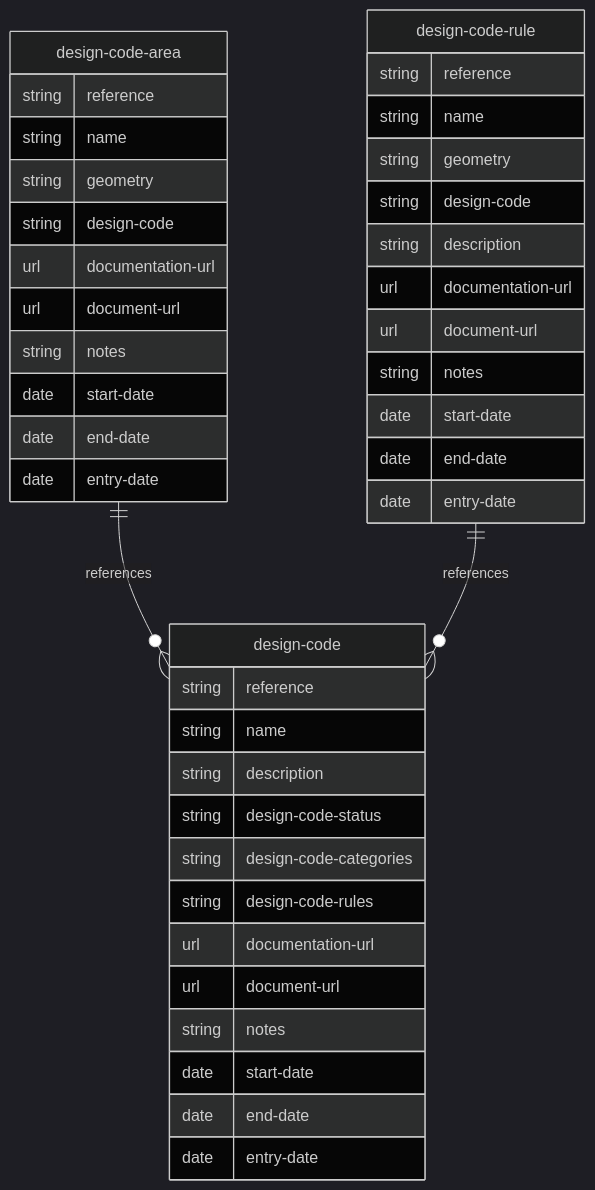
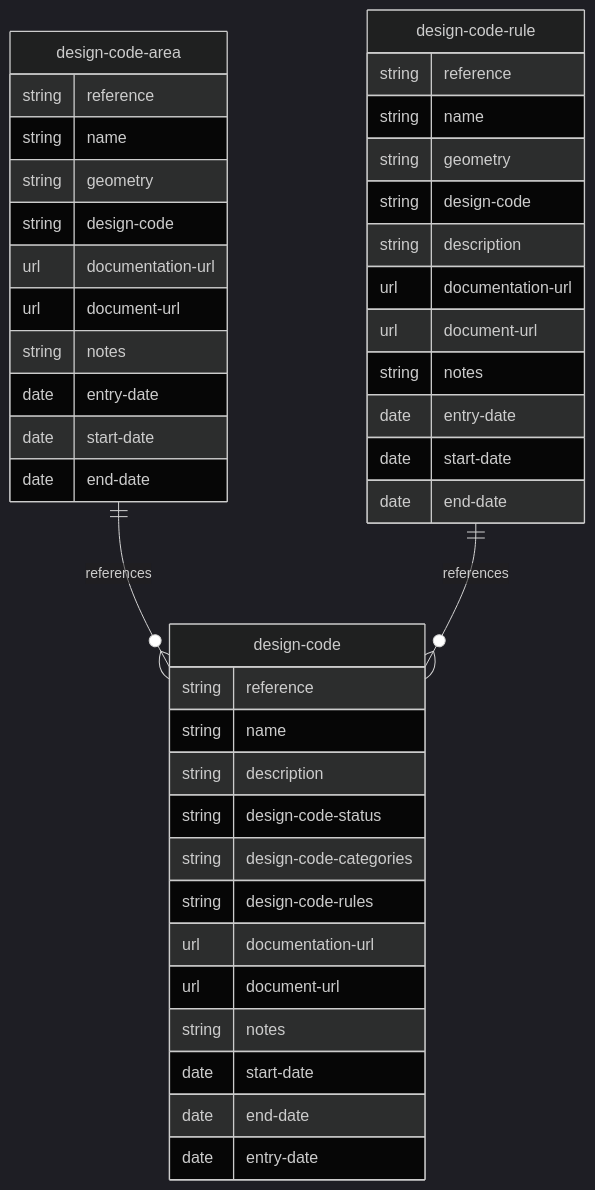
The diagram in mermaid/design-code.md (digital-land/specification), drawn with Mermaid (dark theme) before and after one commit. The commit also changed other lines of this file and 14 other files, not shown here.

````diff
--- a/mermaid/design-code.md
+++ b/mermaid/design-code.md
@@ -4,44 +4,44 @@
 ```mermaid
 erDiagram
     design-code {
         string reference
         string name
         string description
         string design-code-status
         string design-code-categories
         string design-code-rules
         url documentation-url
         url document-url
         string notes
         date start-date
         date end-date
         date entry-date
     }
     design-code-area {
         string reference
         string name
         string geometry
         string design-code
         url documentation-url
         url document-url
         string notes
+        date entry-date
         date start-date
         date end-date
-        date entry-date
     }
     design-code-rule {
         string reference
         string name
         string geometry
         string design-code
         string description
         url documentation-url
         url document-url
         string notes
+        date entry-date
         date start-date
         date end-date
-        date entry-date
     }
     design-code-area ||--o{ design-code : references
     design-code-rule ||--o{ design-code : references
 ```
````
